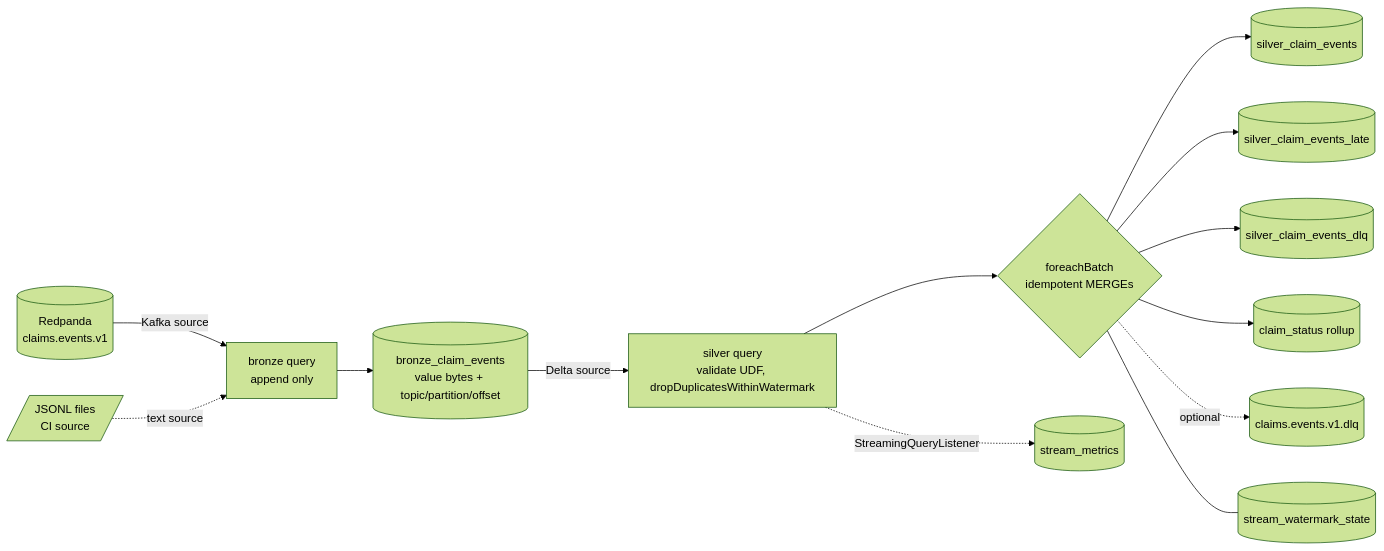
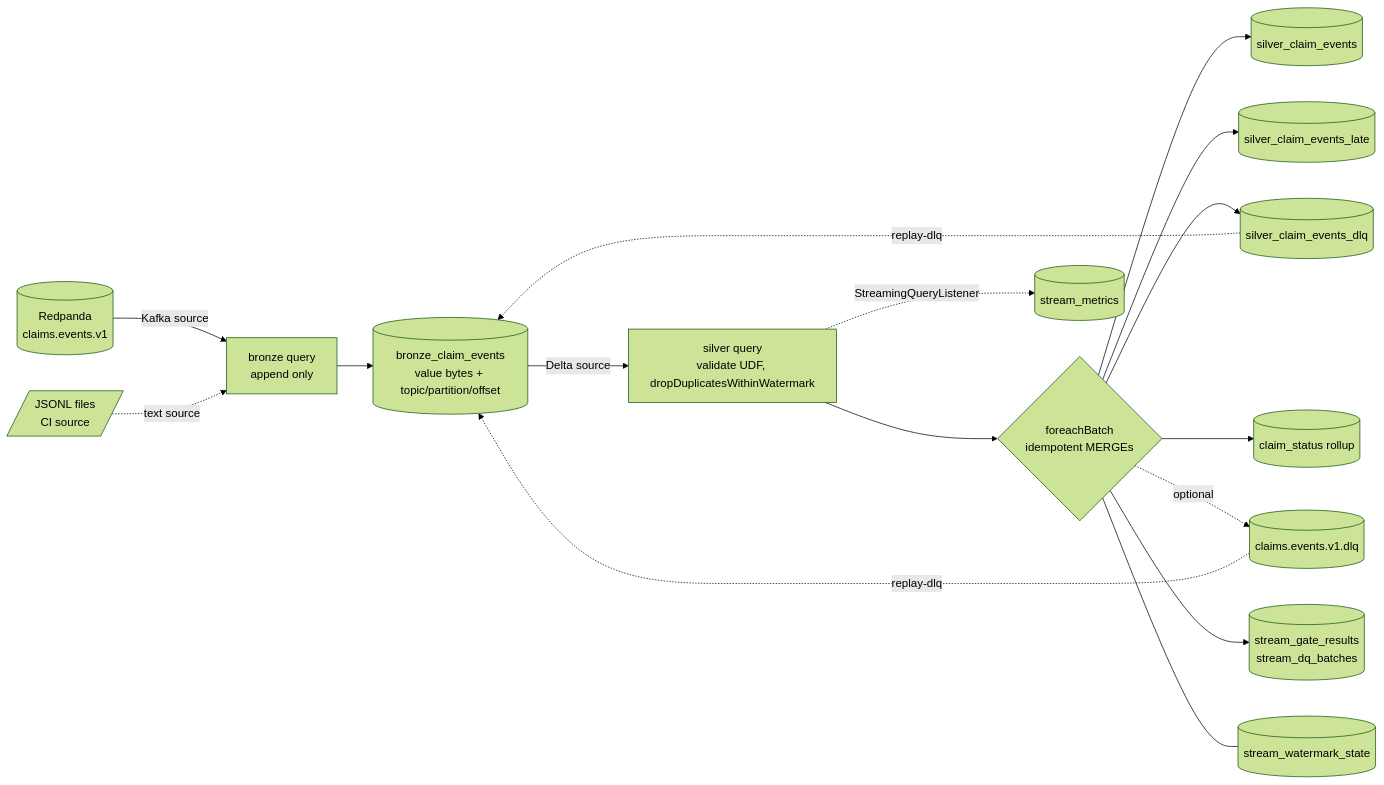
The diagram in docs/streaming-spark.md (nikshepkulli/claims-lakehouse), drawn with Mermaid (forest theme) before and after one commit. The commit also changed other lines of this file and 13 other files, not shown here.

First line of the commit message:
feat: streaming DQ gates, Kafka dead-letter topic and DLQ replay (#13) (#88)

````diff
--- a/docs/streaming-spark.md
+++ b/docs/streaming-spark.md
@@ -9,15 +11,18 @@
 ```mermaid
 flowchart LR
   K[(Redpanda<br/>claims.events.v1)] -->|Kafka source| B[bronze query<br/>append only]
   F[/JSONL files<br/>CI source/] -.->|text source| B
   B --> BT[(bronze_claim_events<br/>value bytes + topic/partition/offset)]
   BT -->|Delta source| V[silver query<br/>validate UDF, dropDuplicatesWithinWatermark]
   V --> S{foreachBatch<br/>idempotent MERGEs}
   S --> SE[(silver_claim_events)]
   S --> LT[(silver_claim_events_late)]
   S --> DL[(silver_claim_events_dlq)]
   S --> CS[(claim_status rollup)]
   S -.optional.-> DK[(claims.events.v1.dlq)]
+  S --> G[(stream_gate_results<br/>stream_dq_batches)]
+  DK -.replay-dlq.-> BT
+  DL -.replay-dlq.-> BT
   V -. StreamingQueryListener .-> M[(stream_metrics)]
   S --- W[(stream_watermark_state)]
 ```
````
